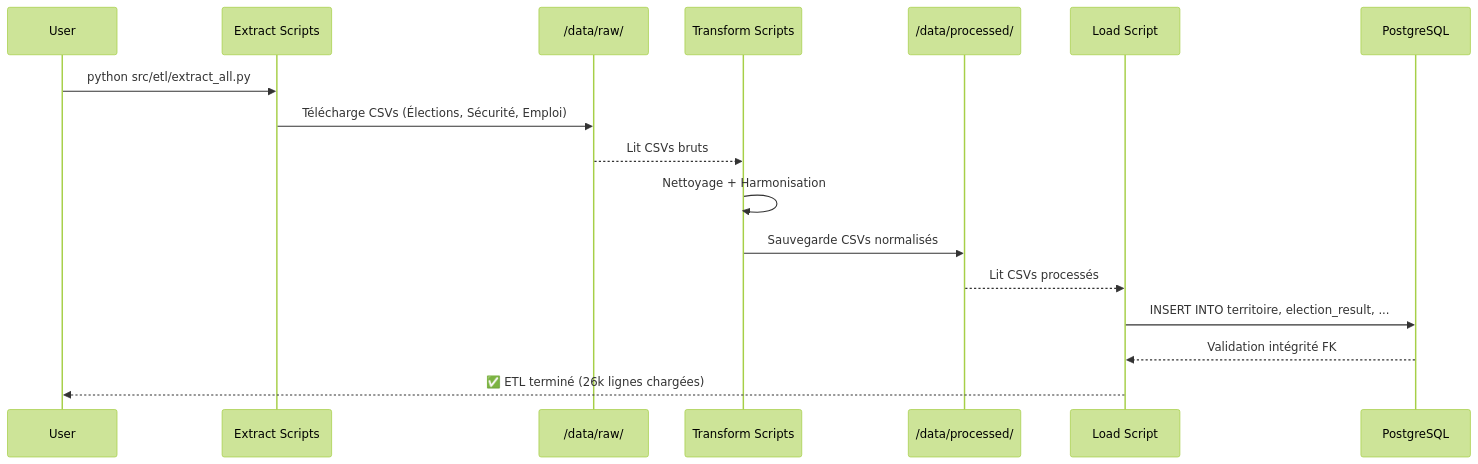
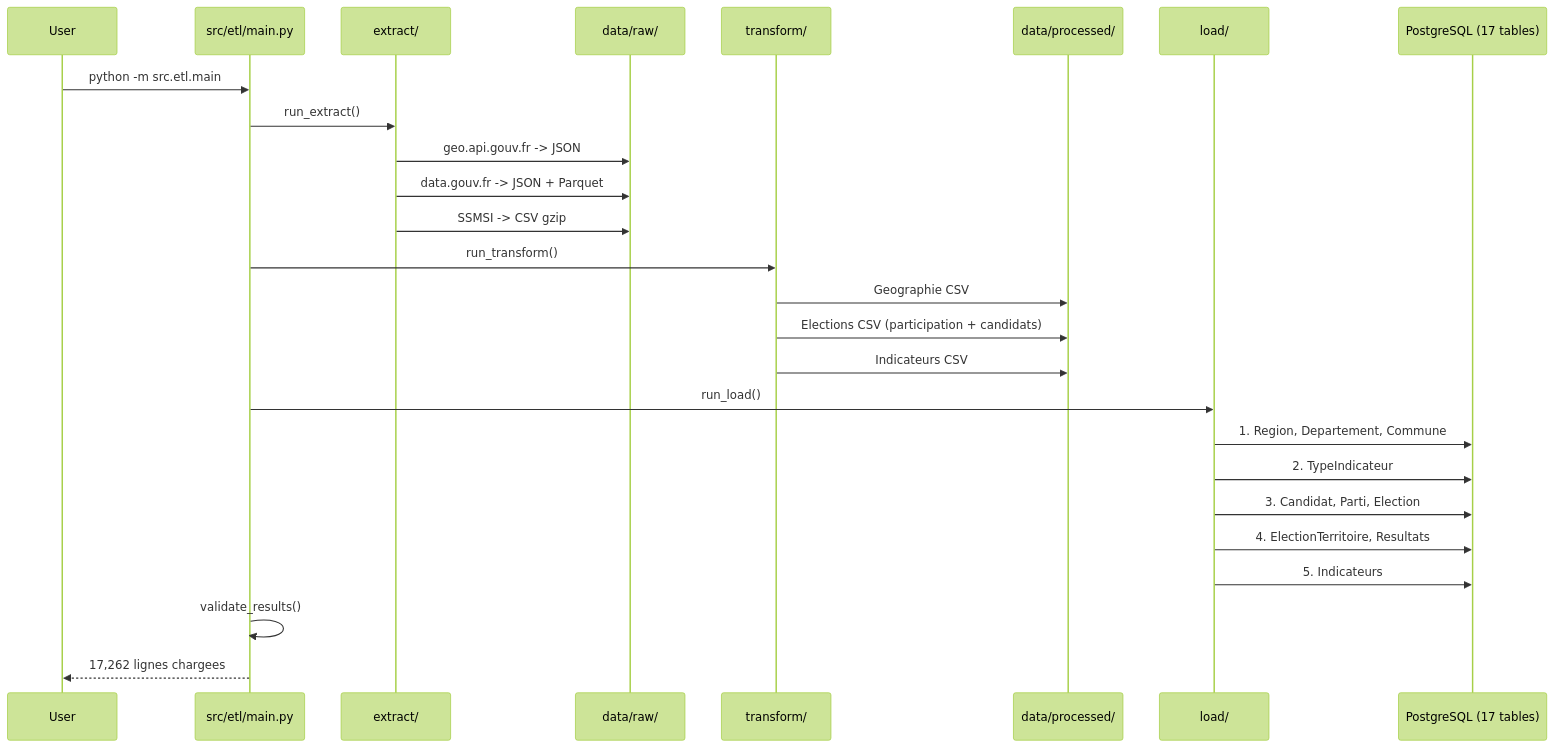
One commit to Sam-rst/EPSI_M1_MSPR-Groupe_RYMS changed the fifth of 5 diagrams in docs/02-architecture/ARCHITECTURE.md. Above: the diagram before and after it, drawn with Mermaid (forest theme). The commit also changed other lines of this file and 21 other files, not shown here.

````diff
--- a/docs/02-architecture/ARCHITECTURE.md
+++ b/docs/02-architecture/ARCHITECTURE.md
@@ -714,20 +387,29 @@
 ```mermaid
 sequenceDiagram
     participant User
-    participant Extract as Extract Scripts
-    participant Raw as /data/raw/
-    participant Transform as Transform Scripts
-    participant Processed as /data/processed/
-    participant Load as Load Script
-    participant DB as PostgreSQL
+    participant ETL as src/etl/main.py
+    participant Extract as extract/
+    participant Raw as data/raw/
+    participant Transform as transform/
+    participant Processed as data/processed/
+    participant Load as load/
+    participant DB as PostgreSQL (17 tables)
 
-    User->>Extract: python src/etl/extract_all.py
-    Extract->>Raw: Télécharge CSVs (Élections, Sécurité, Emploi)
-    Raw-->>Transform: Lit CSVs bruts
-    Transform->>Transform: Nettoyage + Harmonisation
-    Transform->>Processed: Sauvegarde CSVs normalisés
-    Processed-->>Load: Lit CSVs processés
-    Load->>DB: INSERT INTO territoire, election_result, ...
-    DB-->>Load: Validation intégrité FK
-    Load-->>User: ✅ ETL terminé (26k lignes chargées)
+    User->>ETL: python -m src.etl.main
+    ETL->>Extract: run_extract()
+    Extract->>Raw: geo.api.gouv.fr -> JSON
+    Extract->>Raw: data.gouv.fr -> JSON + Parquet
+    Extract->>Raw: SSMSI -> CSV gzip
+    ETL->>Transform: run_transform()
+    Transform->>Processed: Geographie CSV
+    Transform->>Processed: Elections CSV (participation + candidats)
+    Transform->>Processed: Indicateurs CSV
+    ETL->>Load: run_load()
+    Load->>DB: 1. Region, Departement, Commune
+    Load->>DB: 2. TypeIndicateur
+    Load->>DB: 3. Candidat, Parti, Election
+    Load->>DB: 4. ElectionTerritoire, Resultats
+    Load->>DB: 5. Indicateurs
+    ETL->>ETL: validate_results()
+    ETL-->>User: 17,262 lignes chargees
 ```
````
